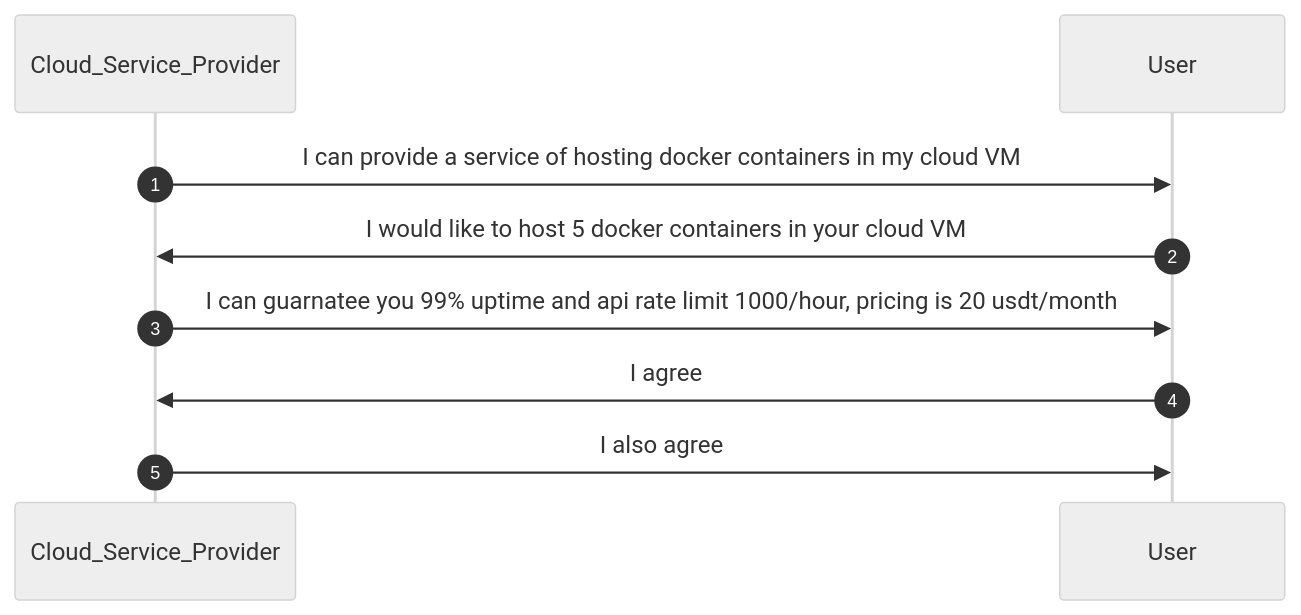
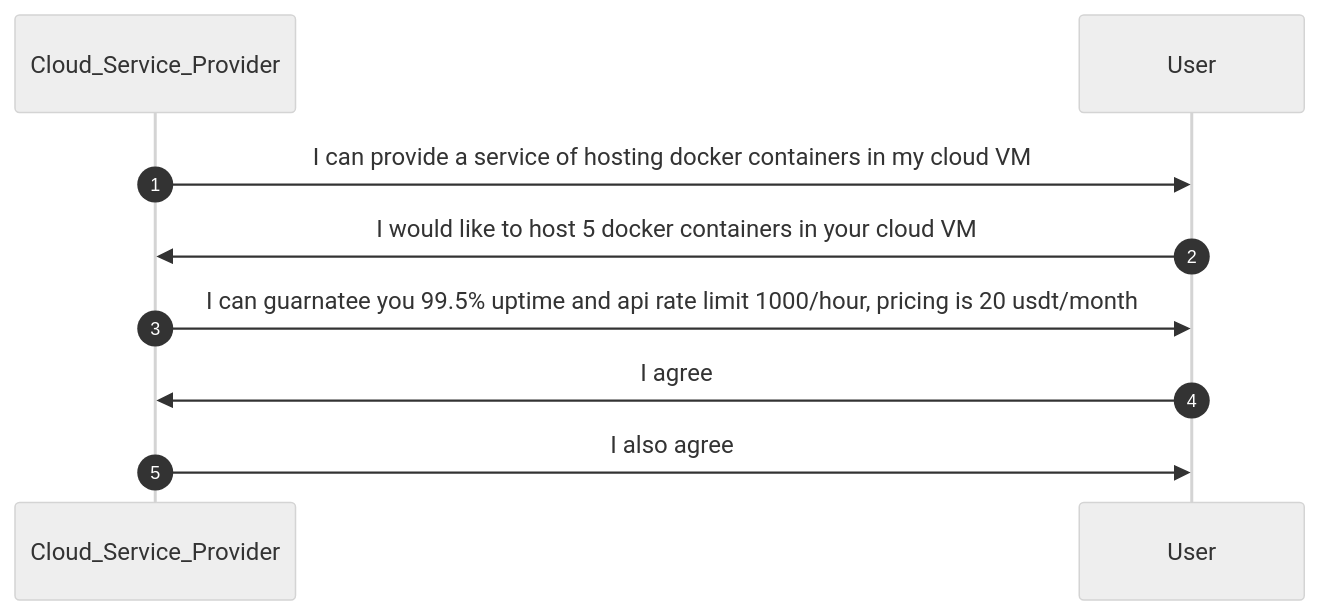
One commit to twliu-dorian/deCloud changed the second of 3 diagrams in phase1/sequence.md. Above: the diagram before and after it, drawn with Mermaid (neutral theme).

Commit message:
docs: fix inconsistency

````diff
--- a/phase1/sequence.md
+++ b/phase1/sequence.md
@@ -78,14 +78,14 @@
 ```mermaid
 sequenceDiagram
 
 autonumber
 
 participant CSP as Cloud_Service_Provider
 participant USR as User
 
 CSP ->> USR: I can provide a service of hosting docker containers in my cloud VM
 USR ->> CSP: I would like to host 5 docker containers in your cloud VM
-CSP ->> USR: I can guarnatee you 99% uptime and api rate limit 1000/hour, pricing is 20 usdt/month
+CSP ->> USR: I can guarnatee you 99.5% uptime and api rate limit 1000/hour, pricing is 20 usdt/month
 USR ->> CSP: I agree
 CSP ->> USR: I also agree
 ```
````
